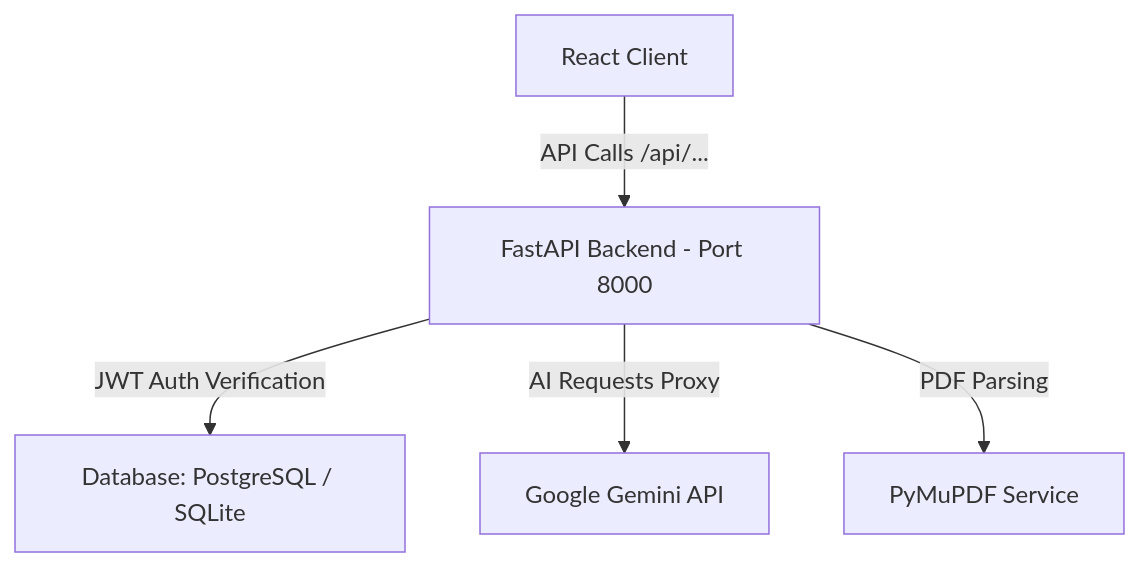
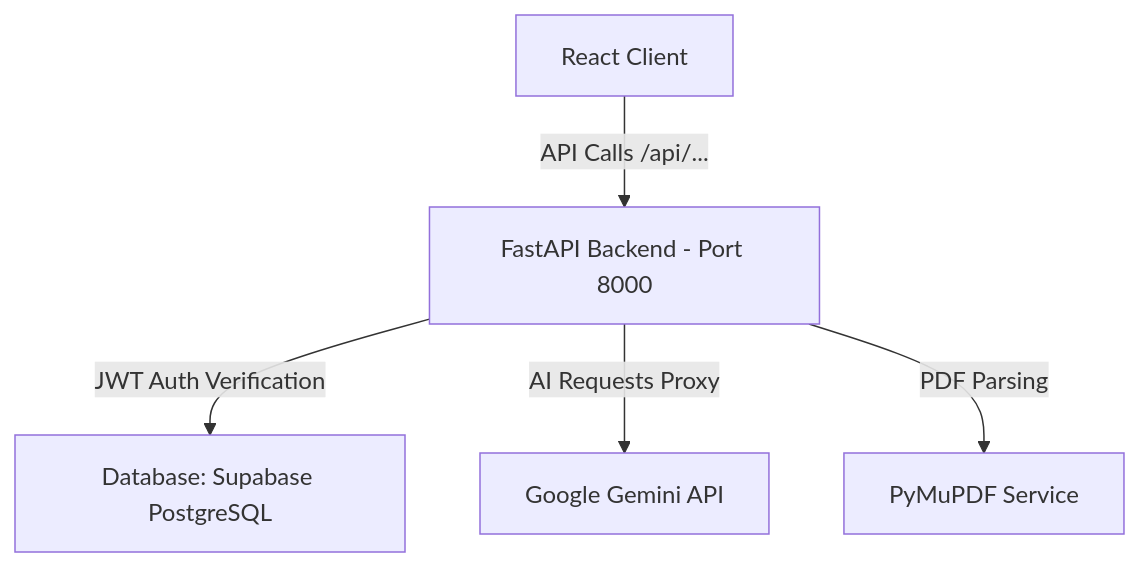
Before and after one commit to Tummepallisivanagalakshman/Ai-powered-portal: the diagram in README.md, drawn with Mermaid. The commit also changed other lines of this file and 1 other file, not shown here.

Commit message:
docs: update README.md with detailed Supabase PostgreSQL connection details, direct bcrypt logic, and recruiter/manager role switcher features

````diff
--- a/README.md
+++ b/README.md
@@ -34,7 +36,7 @@
 ```mermaid
 graph TD
     A[React Client] -->|API Calls /api/...| B[FastAPI Backend - Port 8000]
-    B -->|JWT Auth Verification| C[Database: PostgreSQL / SQLite]
+    B -->|JWT Auth Verification| C[Database: Supabase PostgreSQL]
     B -->|AI Requests Proxy| D[Google Gemini API]
     B -->|PDF Parsing| E[PyMuPDF Service]
 ```
````
